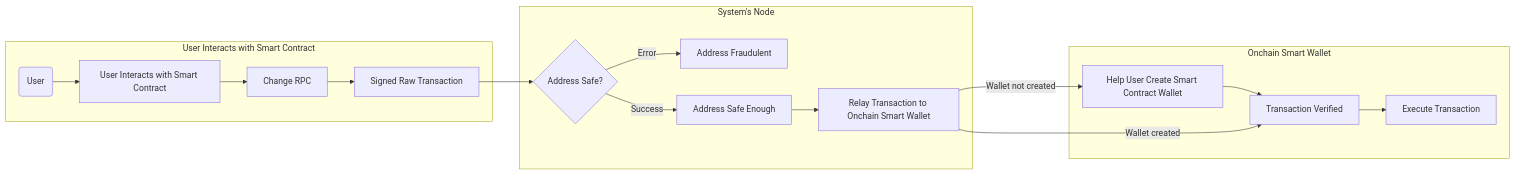
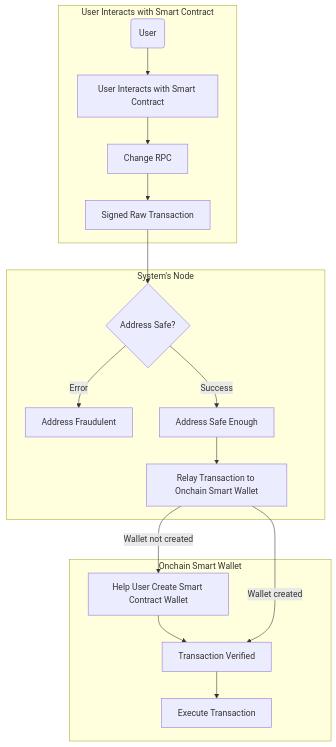
Before and after one commit to jinmel/ethseoul2023: the diagram in README.md, drawn with Mermaid.

````diff
--- a/README.md
+++ b/README.md
@@ -9,24 +9,24 @@
 ```mermaid
-flowchart LR
+flowchart
   subgraph "User Interacts with Smart Contract"
     A(User) --> B["User Interacts with Smart Contract"]
     B --> C[Change RPC]
     C --> D[Signed Raw Transaction]
   end
 
   subgraph "System's Node"
     D --> E{Address Safe?}
     E -- Error --> F[Address Fraudulent]
     E -- Success --> G[Address Safe Enough]
     G --> H[Relay Transaction to Onchain Smart Wallet]
   end
 
   subgraph "Onchain Smart Wallet"
     H -- Wallet not created --> I[Help User Create Smart Contract Wallet]
 	  I --> J
     H -- Wallet created --> J[Transaction Verified]
     J --> K[Execute Transaction]
   end
 
   
 ```
````
